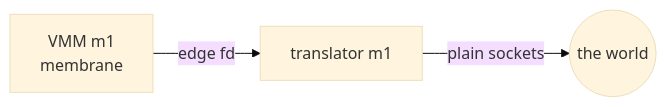
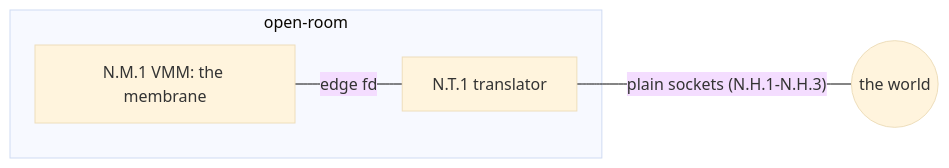
The first of 5 diagrams in docs/EXAMPLES.md (omne-earth/cella), drawn with Mermaid (base theme) before and after one commit. The commit also changed other lines of this file and 19 other files, not shown here.

````diff
--- a/docs/EXAMPLES.md
+++ b/docs/EXAMPLES.md
@@ -29,8 +36,10 @@
 ```mermaid
 graph LR
-    W((the world))
-    T[translator m1]
-    M[VMM m1<br/>membrane]
-    M -- edge fd --> T
-    T -- plain sockets --> W
+    W(("the world"))
+    subgraph OR["open-room"]
+        T["N.T.1 translator"]
+        M["N.M.1 VMM: the membrane"]
+    end
+    M ---|"edge fd"| T
+    T ---|"plain sockets (N.H.1-N.H.3)"| W
 ```
````
